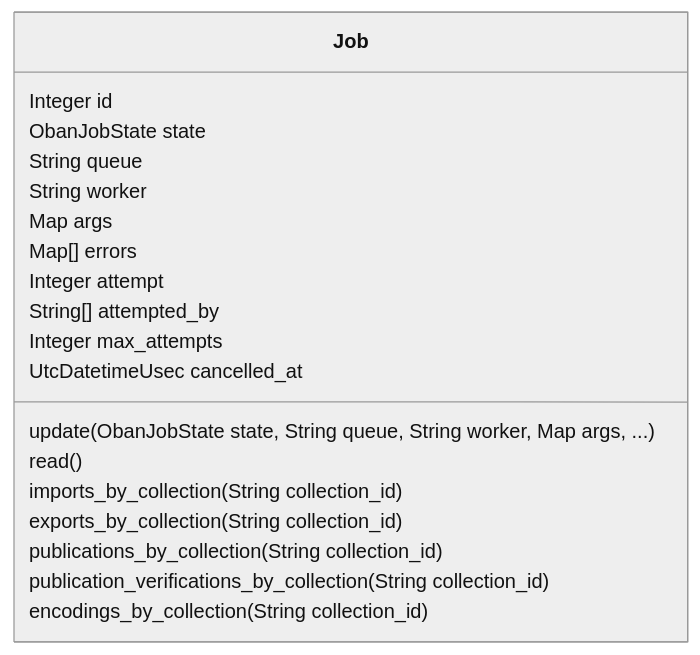
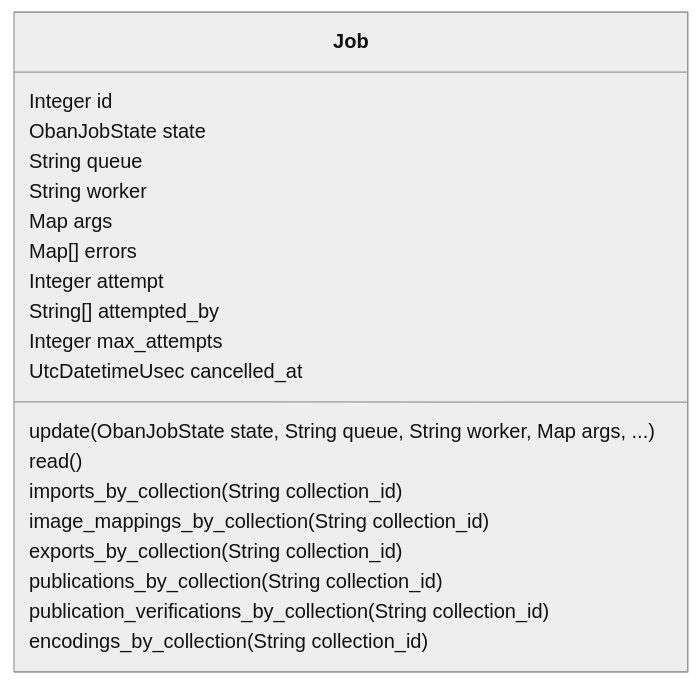
Before and after one commit to zebbra/data_aggregator: the diagram in lib/data_aggregator/jobs/jobs-mermaid-class-diagram.md, drawn with Mermaid (neutral theme). The commit also changed 18 other files, not shown here.

````diff
--- a/lib/data_aggregator/jobs/jobs-mermaid-class-diagram.md
+++ b/lib/data_aggregator/jobs/jobs-mermaid-class-diagram.md
@@ -1,25 +1,26 @@
 ```mermaid
 classDiagram
     class Job {
         Integer id
         ObanJobState state
         String queue
         String worker
         Map args
         Map[] errors
         Integer attempt
         String[] attempted_by
         Integer max_attempts
         UtcDatetimeUsec cancelled_at
         update(ObanJobState state, String queue, String worker, Map args, ...)
         read()
         imports_by_collection(String collection_id)
+        image_mappings_by_collection(String collection_id)
         exports_by_collection(String collection_id)
         publications_by_collection(String collection_id)
         publication_verifications_by_collection(String collection_id)
         encodings_by_collection(String collection_id)
     }
 
 
 
 ```
````
